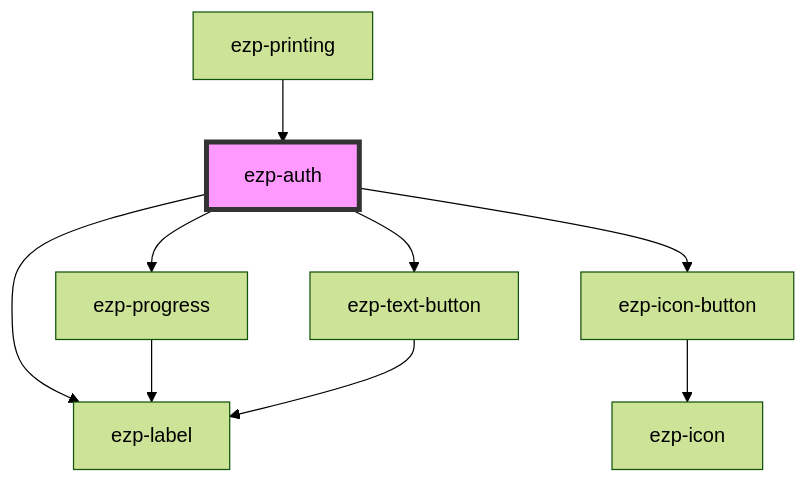
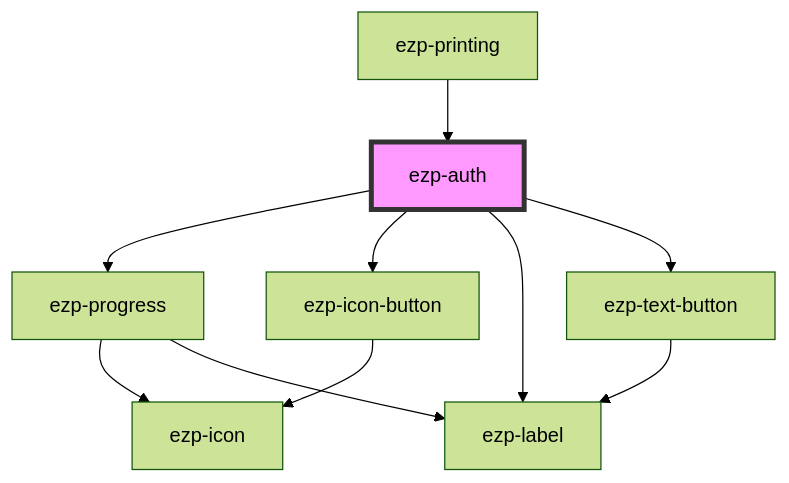
Before and after one commit to ezeep/ezeep-js: the diagram in src/components/ezp-auth/readme.md, drawn with Mermaid (forest theme). The commit also changed 20 other files, not shown here.

````diff
--- a/src/components/ezp-auth/readme.md
+++ b/src/components/ezp-auth/readme.md
@@ -35,12 +35,13 @@
 ```mermaid
 graph TD;
   ezp-auth --> ezp-progress
   ezp-auth --> ezp-icon-button
   ezp-auth --> ezp-label
   ezp-auth --> ezp-text-button
+  ezp-progress --> ezp-icon
   ezp-progress --> ezp-label
   ezp-icon-button --> ezp-icon
   ezp-text-button --> ezp-label
   ezp-printing --> ezp-auth
   style ezp-auth fill:#f9f,stroke:#333,stroke-width:4px
 ```
````
